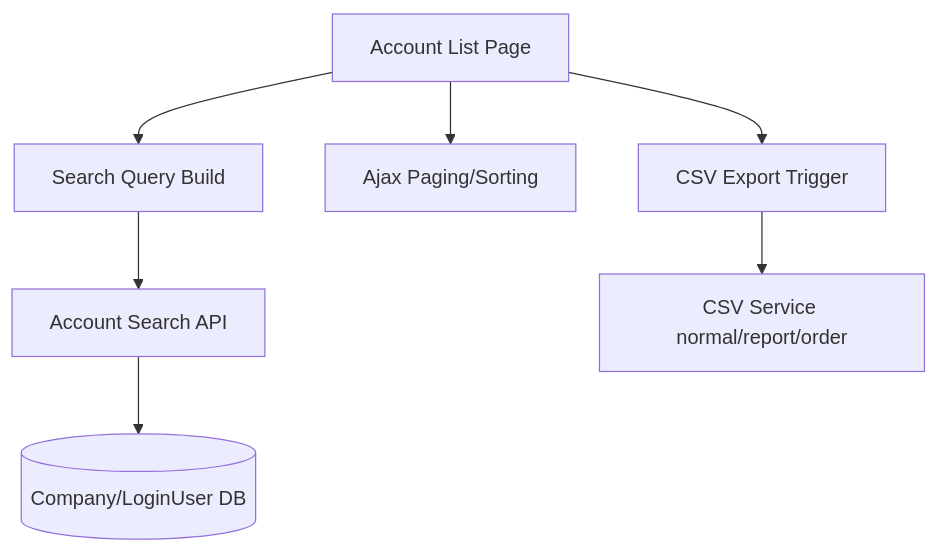
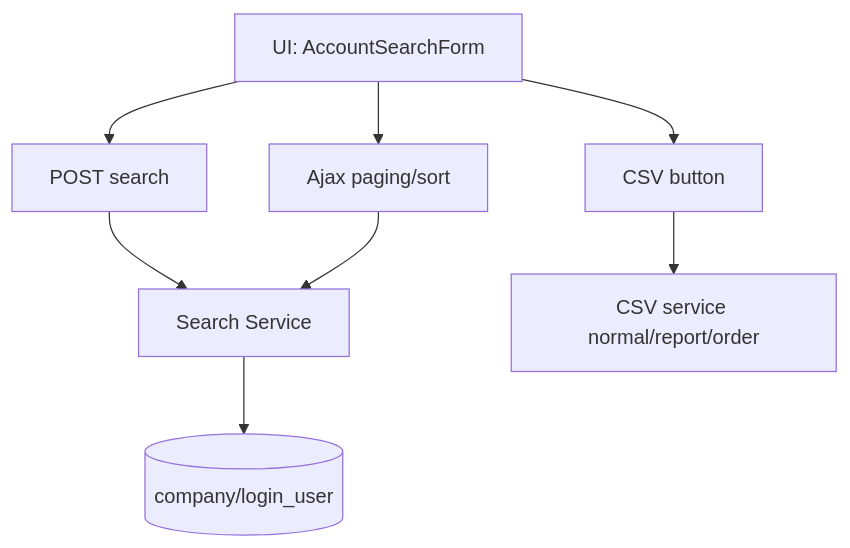
The diagram in PRD-US0502.md (sa-kannguyen/test-harness-workflow), drawn with Mermaid before and after one commit. The commit also changed other lines of this file and 10 other files, not shown here.

````diff
--- a/PRD-US0502.md
+++ b/PRD-US0502.md
@@ -6,9 +6,10 @@
 ```mermaid
 flowchart TD
-  A[Account List Page] --> B[Search Query Build]
-  B --> C[Account Search API]
-  C --> D[(Company/LoginUser DB)]
-  A --> E[Ajax Paging/Sorting]
-  A --> F[CSV Export Trigger]
-  F --> G[CSV Service normal/report/order]
+  A[UI: AccountSearchForm] --> B[POST search]
+  B --> C[Search Service]
+  C --> D[(company/login_user)]
+  A --> E[Ajax paging/sort]
+  E --> C
+  A --> F[CSV button]
+  F --> G[CSV service normal/report/order]
 ```
````
